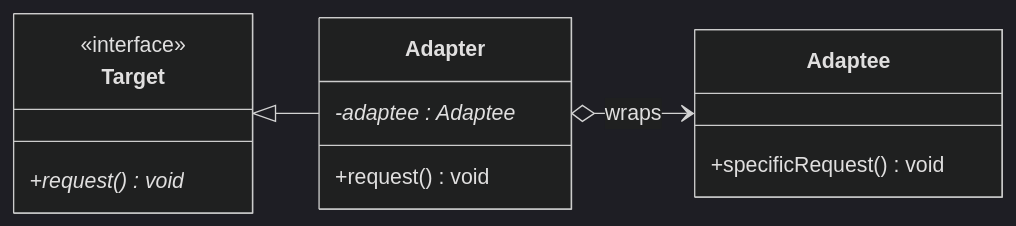
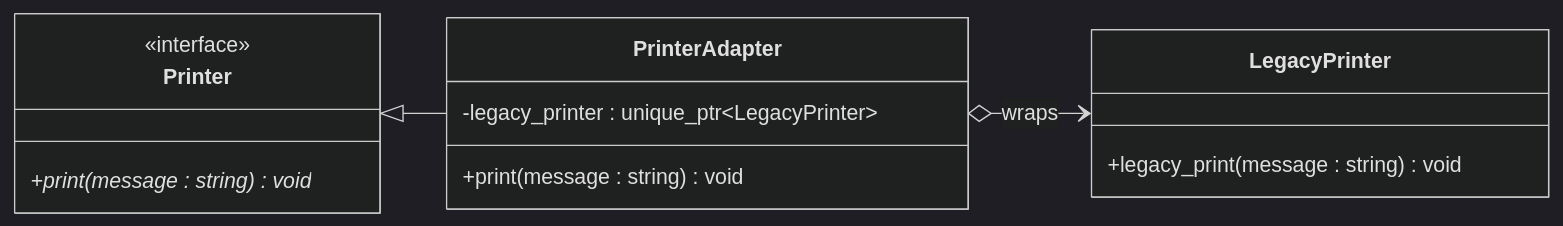
One commit to bbogush/cpp_knowledge_base changed the diagram in src/design_patterns/adapter/README.md. Above: the diagram before and after it, drawn with Mermaid (dark theme). The commit also changed other lines of this file and 12 other files, not shown here.

````diff
--- a/src/design_patterns/adapter/README.md
+++ b/src/design_patterns/adapter/README.md
@@ -47,21 +47,21 @@
 ```mermaid
 classDiagram
     direction LR
 
-    class Target {
+    class Printer {
         <<interface>>
-        +request() void*
+        +print(message : string) void*
     }
 
-    class Adaptee {
-        +specificRequest() void
+    class LegacyPrinter {
+        +legacy_print(message : string) void
     }
 
-    class Adapter {
-        -adaptee : Adaptee*
-        +request() void
+    class PrinterAdapter {
+        -legacy_printer : unique_ptr~LegacyPrinter~
+        +print(message : string) void
     }
 
-    Target <|-- Adapter
-    Adapter o--> Adaptee : wraps
+    Printer <|-- PrinterAdapter
+    PrinterAdapter o--> LegacyPrinter : wraps
 ```
````
